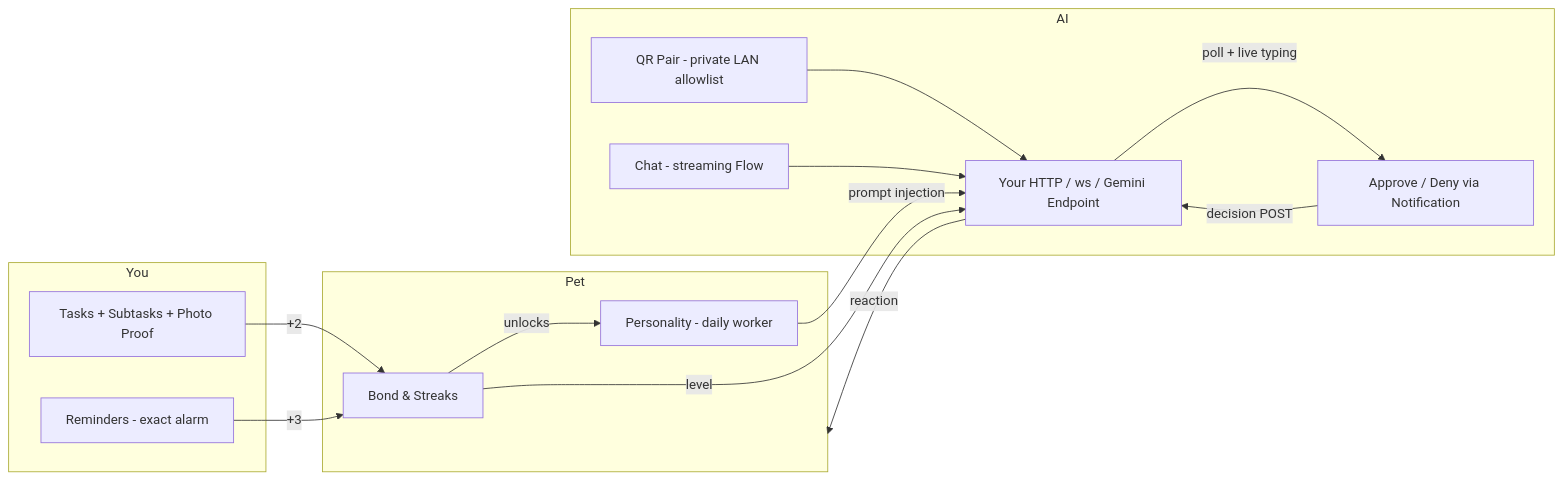
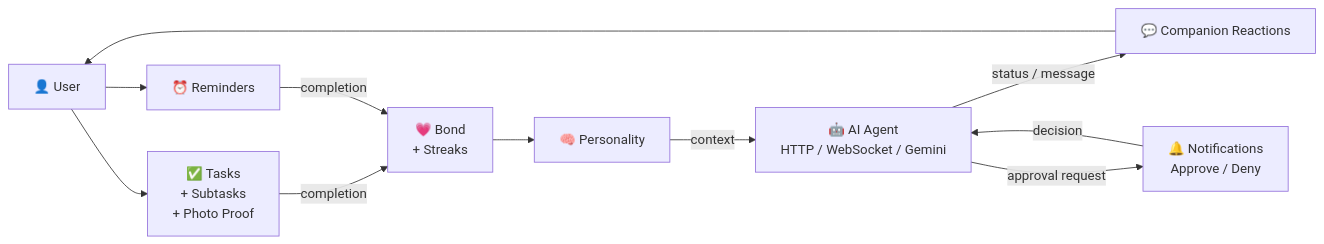
The first of 7 diagrams in README.md (riddhibantia/Pixel-Pal-), drawn with Mermaid before and after one commit. The commit also changed other lines of this file, not shown here.

Commit message:
docs: apply user-provided README with full project docs, AI loop, architecture, screenshots

````diff
--- a/README.md
+++ b/README.md
@@ -26,27 +45,29 @@
 ```mermaid
 flowchart LR
-    subgraph You
-        T[Tasks + Subtasks + Photo Proof]
-        R[Reminders - exact alarm]
-    end
-    subgraph Pet
-        B[Bond & Streaks]
-        P[Personality - daily worker]
-    end
-    subgraph AI
-        E[Your HTTP / ws / Gemini Endpoint]
-        Q[QR Pair - private LAN allowlist]
-        A[Approve / Deny via Notification]
-        C[Chat - streaming Flow]
-    end
-    T -->| +2 | B
-    R -->| +3 | B
-    B -->| unlocks | P
-    B -->| level | E
-    P -->| prompt injection | E
-    Q --> E
-    E -->| poll + live typing | A
-    A -->| decision POST | E
-    C --> E
-    E -->| reaction | Pet
+    U["👤 User"]
+
+    T["✅ Tasks<br/>+ Subtasks<br/>+ Photo Proof"]
+    R["⏰ Reminders"]
+
+    B["💗 Bond<br/>+ Streaks"]
+    P["🧠 Personality"]
+
+    A["🤖 AI Agent<br/>HTTP / WebSocket / Gemini"]
+    C["💬 Companion Reactions"]
+    N["🔔 Notifications<br/>Approve / Deny"]
+
+    U --> T
+    U --> R
+
+    T -->|completion| B
+    R -->|completion| B
+
+    B --> P
+    P -->|context| A
+
+    A -->|status / message| C
+    A -->|approval request| N
+    N -->|decision| A
+
+    C --> U
 ```
````
